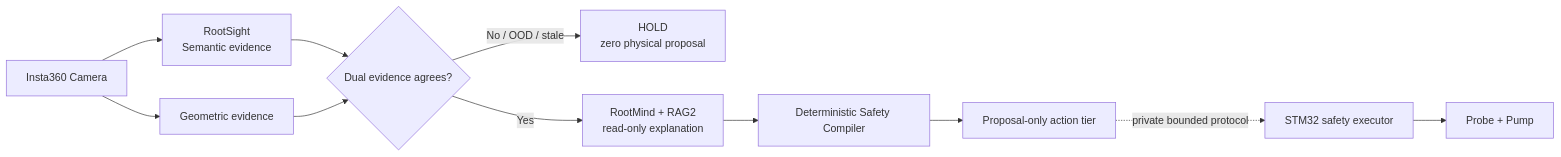
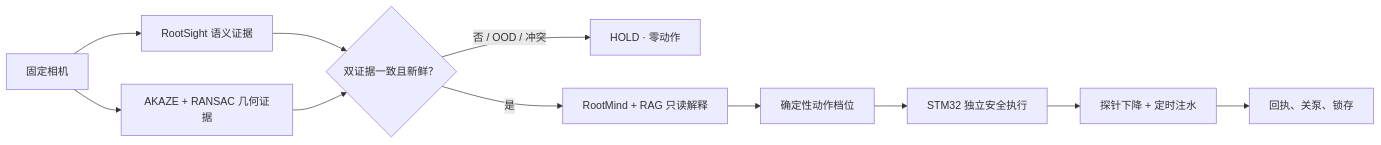
One commit to Xiaomiju-x/RootScope-AdventureX2026 changed the diagram in README.md. Above: the diagram before and after it, drawn with Mermaid. The commit also changed other lines of this file and 809 other files, not shown here.

````diff
--- a/README.md
+++ b/README.md
@@ -22,13 +36,13 @@
 ```mermaid
 flowchart LR
-    A["Insta360 Camera"] --> B["RootSight<br/>Semantic evidence"]
-    A --> C["Geometric evidence"]
-    B --> D{"Dual evidence agrees?"}
-    C --> D
-    D -- "No / OOD / stale" --> H["HOLD<br/>zero physical proposal"]
-    D -- "Yes" --> E["RootMind + RAG2<br/>read-only explanation"]
-    E --> F["Deterministic Safety Compiler"]
-    F --> G["Proposal-only action tier"]
-    G -. "private bounded protocol" .-> M["STM32 safety executor"]
-    M --> P["Probe + Pump"]
+    C["固定相机"] --> S["RootSight 语义证据"]
+    C --> G["AKAZE + RANSAC 几何证据"]
+    S --> D{"双证据一致且新鲜？"}
+    G --> D
+    D -- "否 / OOD / 冲突" --> H["HOLD · 零动作"]
+    D -- "是" --> R["RootMind + RAG 只读解释"]
+    R --> P["确定性动作档位"]
+    P --> M["STM32 独立安全执行"]
+    M --> A["探针下降 + 定时注水"]
+    A --> E["回执、关泵、锁存"]
 ```
````
